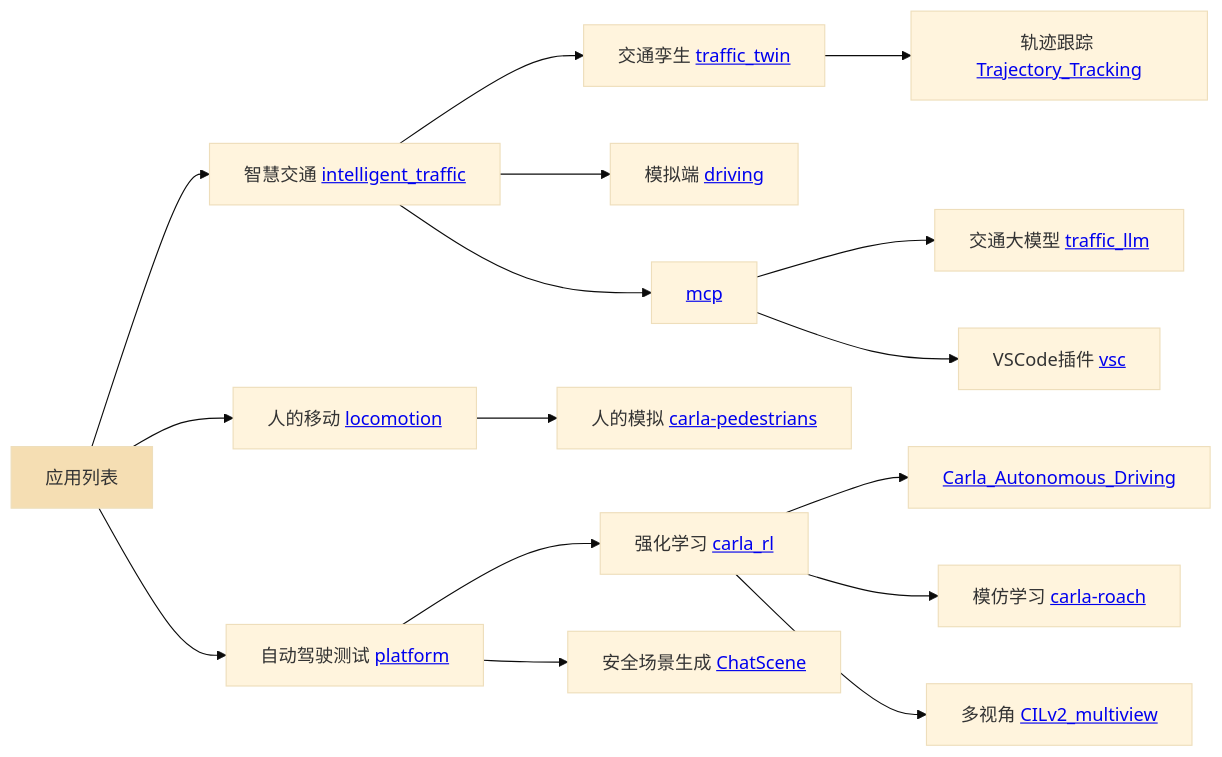
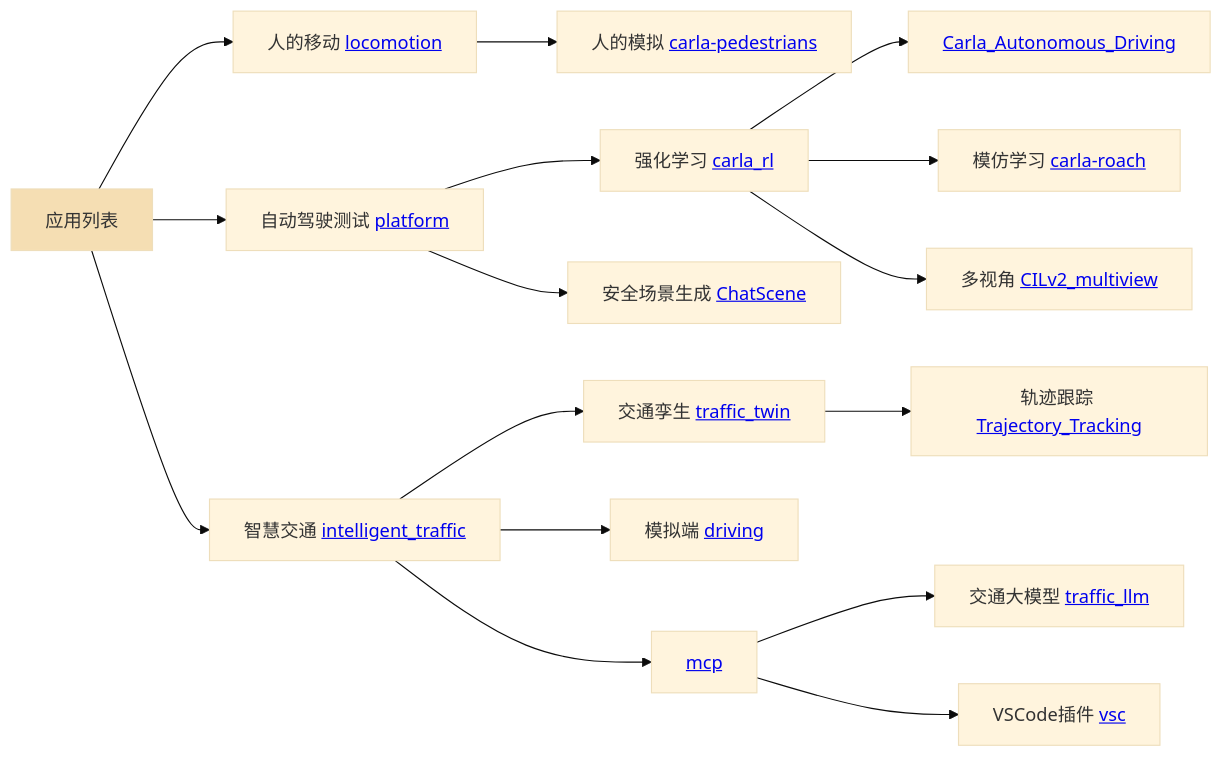
Before and after one commit to OpenHUTB/.github: the second of 3 diagrams in README.md, drawn with Mermaid (base theme). The commit also changed other lines of this file and 1 other file, not shown here.

Commit message:
首页添加项目依赖图 (#21)

````diff
--- a/README.md
+++ b/README.md
@@ -52,22 +52,23 @@
 ```mermaid
 graph LR
-    A[应用列表] --> B[智慧交通 <a href='https://github.com/OpenHUTB/intelligent_traffic/'>intelligent_traffic</a>]
-    B --> C[交通孪生 <a href='https://github.com/OpenHUTB/traffic_twin/'>traffic_twin</a>]
-    C --> N[轨迹跟踪 <a href='https://github.com/OpenHUTB/Self_Driving_Car_Trajectory_Tracking'>Trajectory_Tracking</a>]
-    B --> D[模拟端 <a href='https://github.com/OpenHUTB/driving/'>driving</a> ]
-    O --> E[交通大模型 <a href='https://github.com/OpenHUTB/traffic_llm'>traffic_llm</a>]
-    O --> P[VSCode插件 <a href='https://github.com/OpenHUTB/vsc'>vsc</a>]
-    B --> O[<a href='https://github.com/OpenHUTB/mcp'>mcp</a>]
 
     A --> F[人的移动 <a href='https://github.com/OpenHUTB/locomotion'>locomotion</a>]
     F --> L[人的模拟 <a href='https://github.com/OpenHUTB/carla-pedestrians'>carla-pedestrians</a>]
 
     A --> G[自动驾驶测试 <a href='https://github.com/OpenHUTB/platform'>platform</a>]
     G --> H[强化学习 <a href='https://github.com/OpenHUTB/carla_rl'>carla_rl</a>]
     H --> K[<a href='https://github.com/OpenHUTB/Carla_Autonomous_Driving'>Carla_Autonomous_Driving</a>]
     H --> I[模仿学习 <a href='https://github.com/OpenHUTB/carla-roach'>carla-roach</a>]
     H --> J[多视角 <a href='https://github.com/OpenHUTB/CILv2_multiview'>CILv2_multiview</a>]
     G --> M[安全场景生成 <a href='https://github.com/OpenHUTB/ChatScene'>ChatScene</a>]
 
+    A[应用列表] --> B[智慧交通 <a href='https://github.com/OpenHUTB/intelligent_traffic/'>intelligent_traffic</a>]
+    B --> C[交通孪生 <a href='https://github.com/OpenHUTB/traffic_twin/'>traffic_twin</a>]
+    C --> N[轨迹跟踪 <a href='https://github.com/OpenHUTB/Self_Driving_Car_Trajectory_Tracking'>Trajectory_Tracking</a>]
+    B --> D[模拟端 <a href='https://github.com/OpenHUTB/driving/'>driving</a> ]
+    O --> E[交通大模型 <a href='https://github.com/OpenHUTB/traffic_llm'>traffic_llm</a>]
+    O --> P[VSCode插件 <a href='https://github.com/OpenHUTB/vsc'>vsc</a>]
+    B --> O[<a href='https://github.com/OpenHUTB/mcp'>mcp</a>]
+
     style A fill:#F5DEB3
 ```
````
